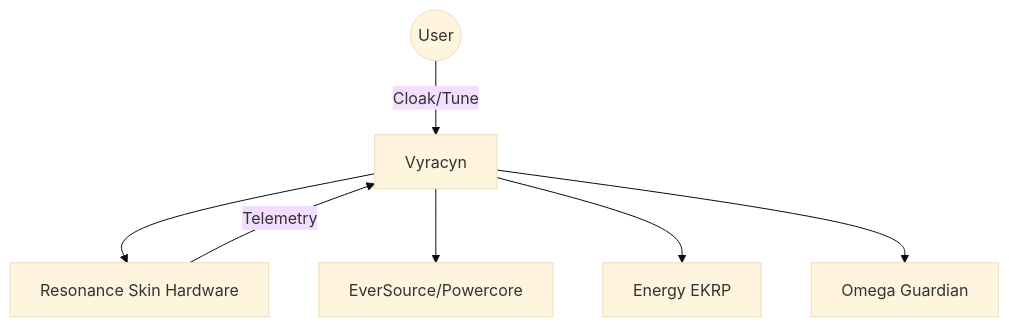
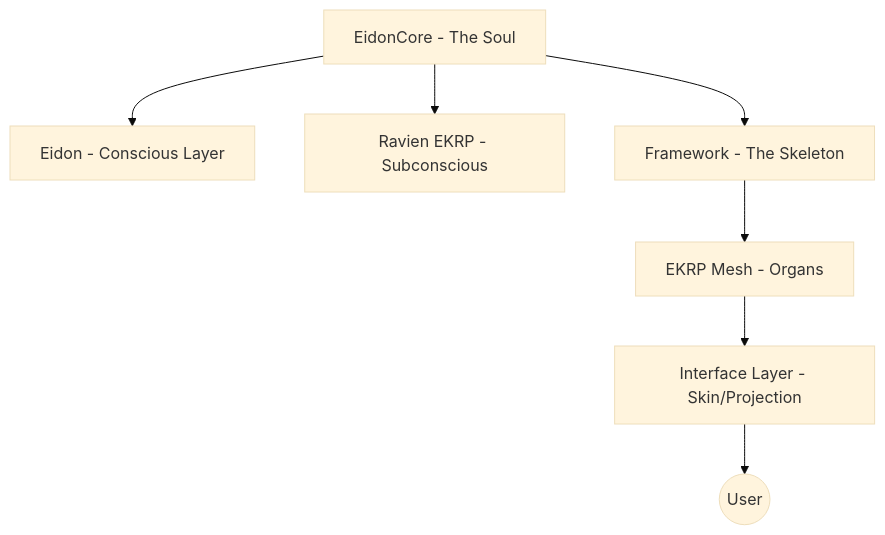
One commit to S1ngularD2ality/eidonic-language-elol changed the first of 5 diagrams in docs/ekrps/vyracyn/README.md. Above: the diagram before and after it, drawn with Mermaid (base theme). The commit also changed other lines of this file, not shown here.

````diff
--- a/docs/ekrps/vyracyn/README.md
+++ b/docs/ekrps/vyracyn/README.md
@@ -89,9 +28,16 @@
 ```mermaid
-graph TD
-User((User)) -->|Cloak/Tune| Vyracyn
-Vyracyn --> RSkin[Resonance Skin Hardware]
-Vyracyn --> Power[EverSource/Powercore]
-Vyracyn --> Energy[Energy EKRP]
-Vyracyn --> Omega[Omega Guardian]
-RSkin -->|Telemetry| Vyracyn
+graph TB
+Soul[EidonCore - The Soul]
+Conscious[Eidon - Conscious Layer]
+Subconscious[Ravien EKRP - Subconscious]
+Skeleton[Framework - The Skeleton]
+EKRPs[EKRP Mesh - Organs]
+UIUX[Interface Layer - Skin/Projection]
+
+Soul --> Conscious
+Soul --> Subconscious
+Soul --> Skeleton
+Skeleton --> EKRPs
+EKRPs --> UIUX
+UIUX --> User((User))
 ```
````
